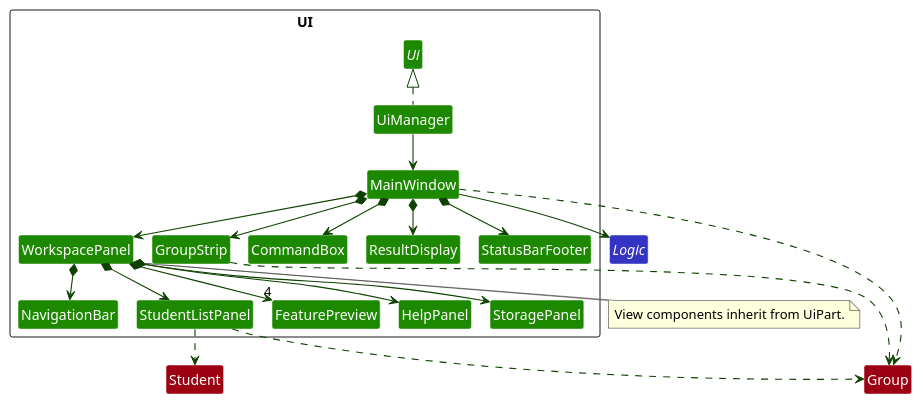
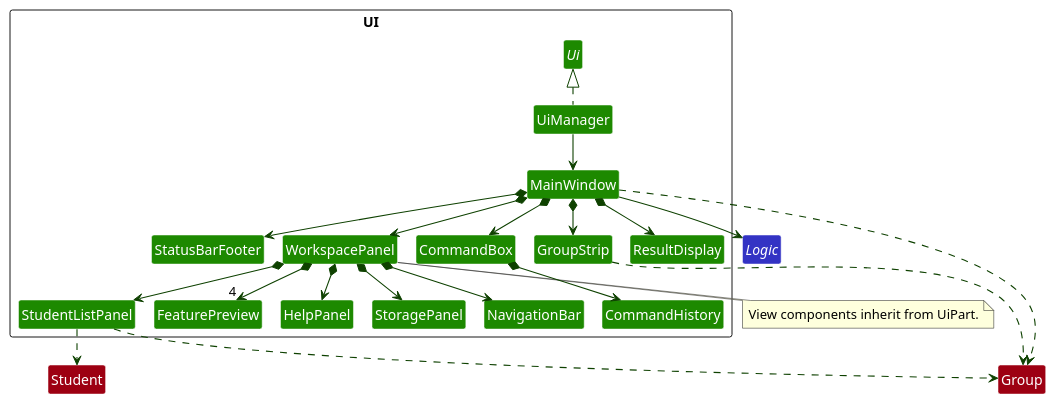
One commit to AY2627S1-CS2103T-T12-4/tp changed the diagram in docs/diagrams/UiClassDiagram.puml. Above: the diagram before and after it, drawn with PlantUML. The commit also changed 3 other files, not shown here.

Commit message:
Document command history in the UG and DG

```diff
--- a/docs/diagrams/UiClassDiagram.puml
+++ b/docs/diagrams/UiClassDiagram.puml
@@ -1,55 +1,57 @@
 @startuml
 !pragma layout smetana
 skinparam shadowing false
 skinparam packageStyle rectangle
 skinparam classBackgroundColor #1D8900
 skinparam classFontColor white
 skinparam classBorderColor white
 skinparam packageBackgroundColor white
 hide members
 hide circle
 skinparam arrowThickness 1.1
 skinparam arrowColor #0E4100
 
 package UI <<Rectangle>> {
 interface Ui
 class UiManager
 class MainWindow
 class GroupStrip
 class NavigationBar
 class WorkspacePanel
 class CommandBox
+class CommandHistory
 class ResultDisplay
 class StatusBarFooter
 class StudentListPanel
 class FeaturePreview
 class HelpPanel
 class StoragePanel
 }
 
 UiManager .up.|> Ui
 UiManager --> MainWindow
 MainWindow *--> CommandBox
+CommandBox *--> CommandHistory
 MainWindow *--> ResultDisplay
 MainWindow *--> StatusBarFooter
 MainWindow *--> GroupStrip
 MainWindow *--> WorkspacePanel
 WorkspacePanel *--> NavigationBar
 WorkspacePanel *--> StudentListPanel
 WorkspacePanel *--> "4" FeaturePreview
 WorkspacePanel *--> HelpPanel
 WorkspacePanel *--> StoragePanel
 
 note bottom of WorkspacePanel
 View components inherit from UiPart.
 end note
 
 interface Logic #3333C4
 class Group #9D0012
 class Student #9D0012
 MainWindow --> Logic
 MainWindow ..> Group
 StudentListPanel ..> Group
 GroupStrip ..> Group
 StudentListPanel ..> Student
 @enduml
```
